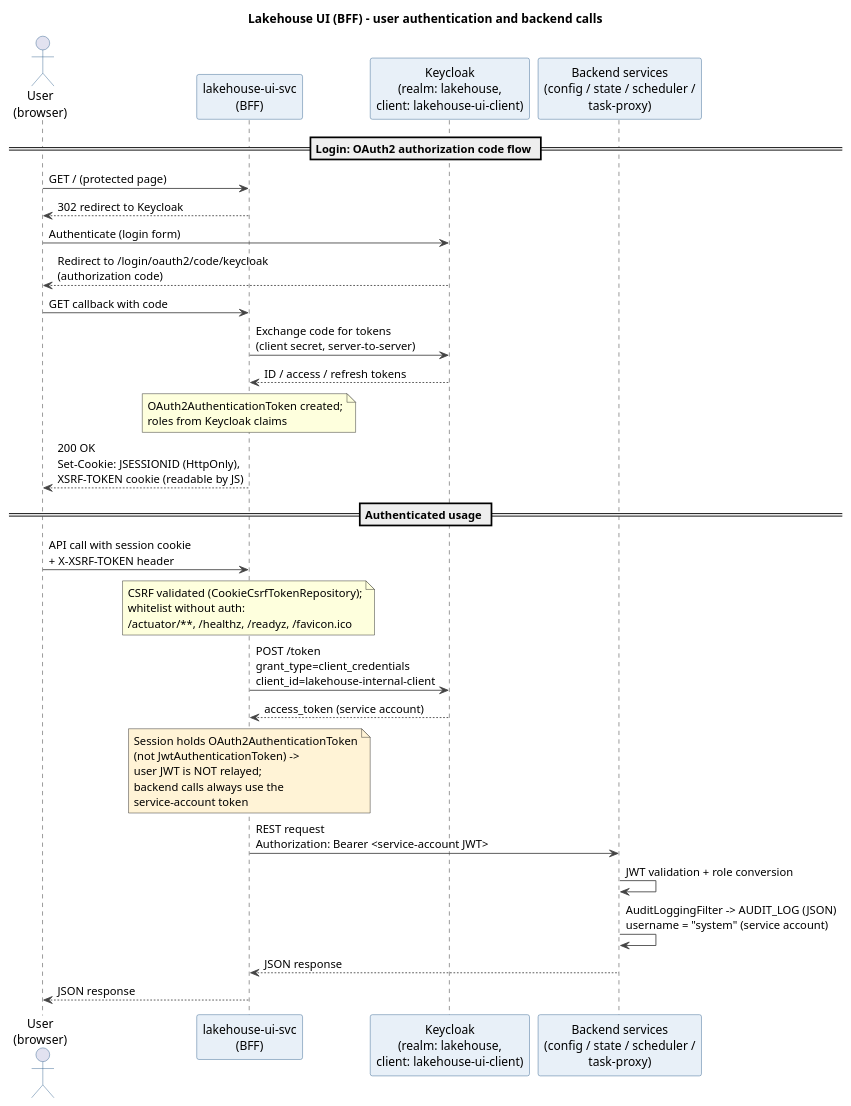
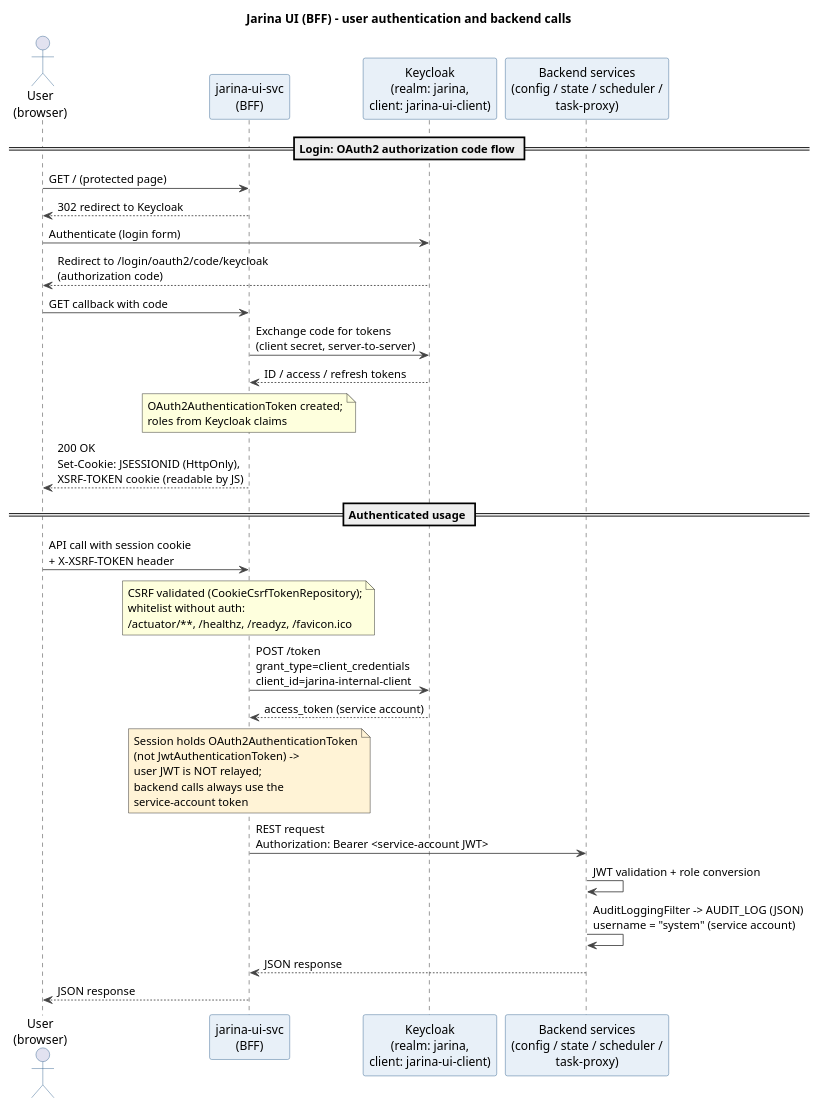
One commit to zaytsevdmitry/lakehouse changed the diagram in doc/security/ui-security.puml. Above: the diagram before and after it, drawn with PlantUML. The commit also changed 2462 other files, not shown here.

```diff
--- a/doc/security/ui-security.puml
+++ b/doc/security/ui-security.puml
@@ -1,51 +1,51 @@
 @startuml ui-security
-title Lakehouse UI (BFF) - user authentication and backend calls
+title Jarina UI (BFF) - user authentication and backend calls
 
 skinparam sequence {
     ArrowColor #444444
     ActorBorderColor #2C5D8A
     LifeCycleBorderColor #2C5D8A
     ParticipantBorderColor #2C5D8A
     ParticipantBackgroundColor #E8F0F8
 }
 
 actor "User\n(browser)" as U
-participant "lakehouse-ui-svc\n(BFF)" as BFF
-participant "Keycloak\n(realm: lakehouse,\nclient: lakehouse-ui-client)" as KC
+participant "jarina-ui-svc\n(BFF)" as BFF
+participant "Keycloak\n(realm: jarina,\nclient: jarina-ui-client)" as KC
 participant "Backend services\n(config / state / scheduler /\ntask-proxy)" as BE
 
 == Login: OAuth2 authorization code flow ==
 
 U -> BFF : GET / (protected page)
 BFF --> U : 302 redirect to Keycloak
 U -> KC : Authenticate (login form)
 KC --> U : Redirect to /login/oauth2/code/keycloak\n(authorization code)
 U -> BFF : GET callback with code
 BFF -> KC : Exchange code for tokens\n(client secret, server-to-server)
 KC --> BFF : ID / access / refresh tokens
 note over BFF : OAuth2AuthenticationToken created;\nroles from Keycloak claims
 BFF --> U : 200 OK\nSet-Cookie: JSESSIONID (HttpOnly),\nXSRF-TOKEN cookie (readable by JS)
 
 == Authenticated usage ==
 
 U -> BFF : API call with session cookie\n+ X-XSRF-TOKEN header
 note over BFF : CSRF validated (CookieCsrfTokenRepository);\nwhitelist without auth:\n/actuator/**, /healthz, /readyz, /favicon.ico
 
-BFF -> KC : POST /token\ngrant_type=client_credentials\nclient_id=lakehouse-internal-client
+BFF -> KC : POST /token\ngrant_type=client_credentials\nclient_id=jarina-internal-client
 KC --> BFF : access_token (service account)
 
 note over BFF #FFF3D6
     Session holds OAuth2AuthenticationToken
     (not JwtAuthenticationToken) ->
     user JWT is NOT relayed;
     backend calls always use the
     service-account token
 end note
 
 BFF -> BE : REST request\nAuthorization: Bearer <service-account JWT>
 BE -> BE : JWT validation + role conversion
 BE -> BE : AuditLoggingFilter -> AUDIT_LOG (JSON)\nusername = "system" (service account)
 BE --> BFF : JSON response
 BFF --> U : JSON response
 
 @enduml
```
